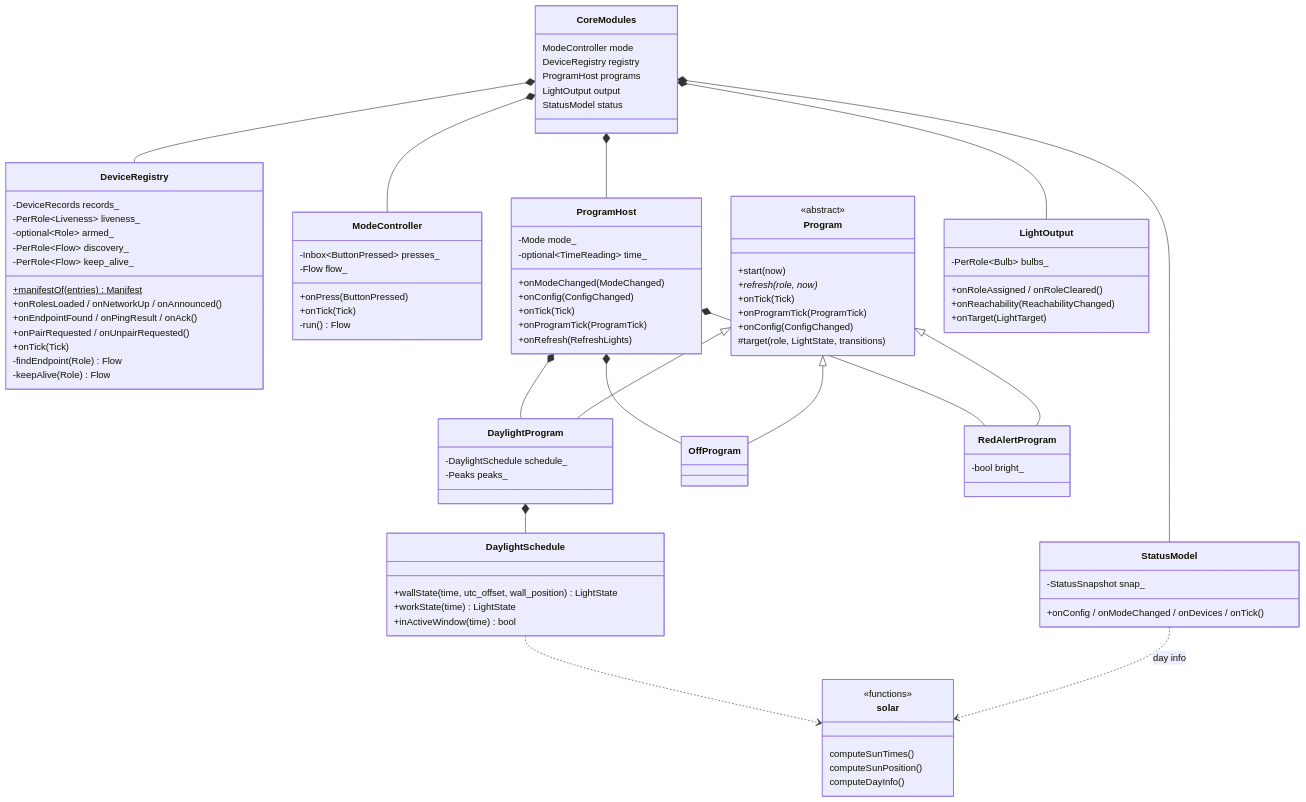
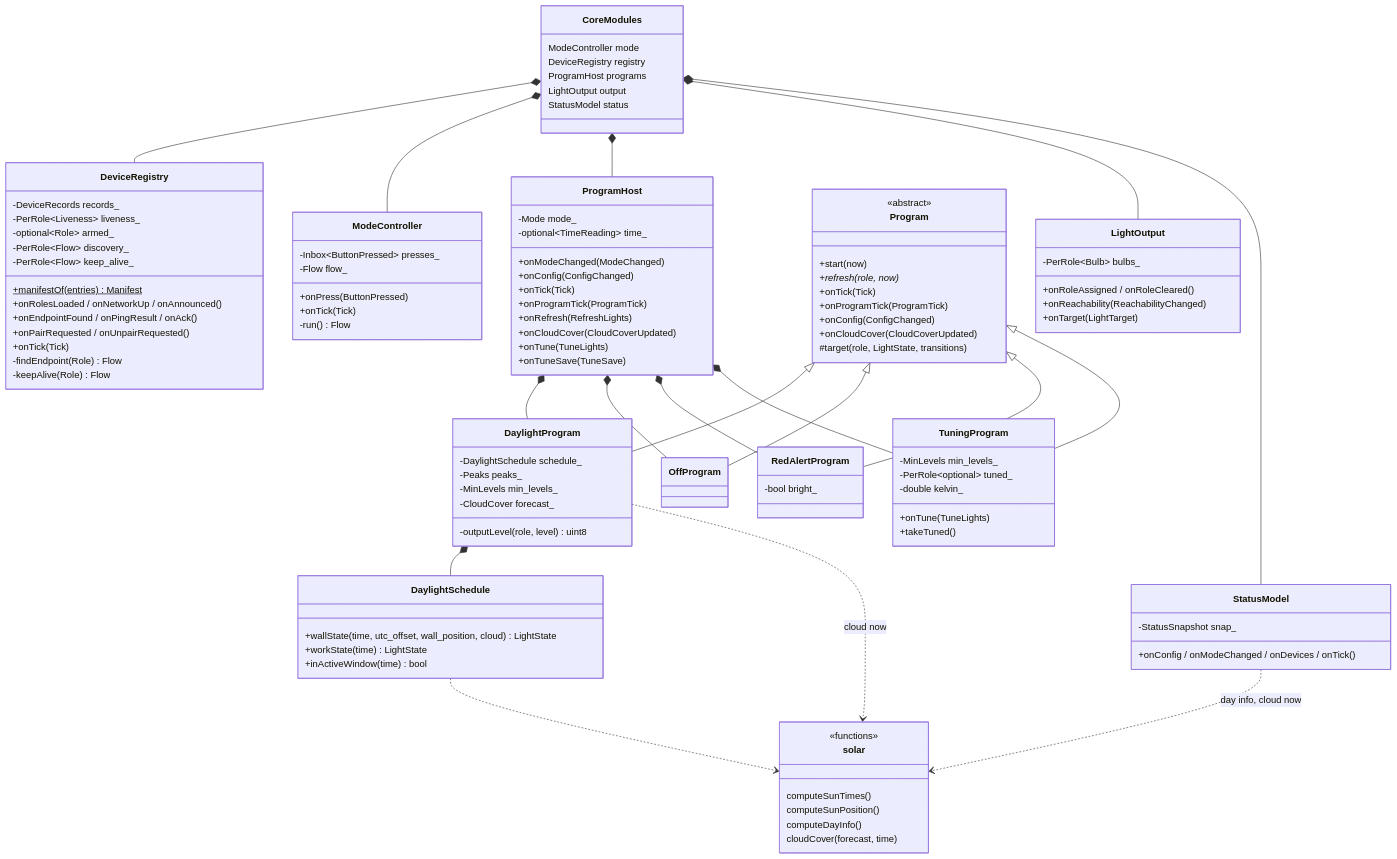
One commit to bjerre/sunsim changed the fourth of 10 diagrams in ARCHITECTURE.md. Above: the diagram before and after it, drawn with Mermaid. The commit also changed other lines of this file and 22 other files, not shown here.

````diff
--- a/ARCHITECTURE.md
+++ b/ARCHITECTURE.md
@@ -263,6 +272,9 @@
         +onTick(Tick)
         +onProgramTick(ProgramTick)
         +onRefresh(RefreshLights)
+        +onCloudCover(CloudCoverUpdated)
+        +onTune(TuneLights)
+        +onTuneSave(TuneSave)
     }
     class Program {
         <<abstract>>
@@ -271,18 +283,29 @@
         +onTick(Tick)
         +onProgramTick(ProgramTick)
         +onConfig(ConfigChanged)
+        +onCloudCover(CloudCoverUpdated)
         #target(role, LightState, transitions)
     }
     class DaylightProgram {
         -DaylightSchedule schedule_
         -Peaks peaks_
+        -MinLevels min_levels_
+        -CloudCover forecast_
+        -outputLevel(role, level) uint8
+    }
+    class TuningProgram {
+        -MinLevels min_levels_
+        -PerRole~optional~ tuned_
+        -double kelvin_
+        +onTune(TuneLights)
+        +takeTuned()
     }
     class OffProgram
     class RedAlertProgram {
         -bool bright_
     }
     class DaylightSchedule {
-        +wallState(time, utc_offset, wall_position) LightState
+        +wallState(time, utc_offset, wall_position, cloud) LightState
         +workState(time) LightState
         +inActiveWindow(time) bool
     }
@@ -291,6 +314,7 @@
         computeSunTimes()
         computeSunPosition()
         computeDayInfo()
+        cloudCover(forecast, time)
     }
     class LightOutput {
         -PerRole~Bulb~ bulbs_
@@ -311,10 +335,13 @@
     ProgramHost *-- DaylightProgram
     ProgramHost *-- OffProgram
     ProgramHost *-- RedAlertProgram
+    ProgramHost *-- TuningProgram
     Program <|-- DaylightProgram
     Program <|-- OffProgram
     Program <|-- RedAlertProgram
+    Program <|-- TuningProgram
     DaylightProgram *-- DaylightSchedule
     DaylightSchedule ..> solar
-    StatusModel ..> solar : day info
+    StatusModel ..> solar : day info, cloud now
+    DaylightProgram ..> solar : cloud now
 ```
````
